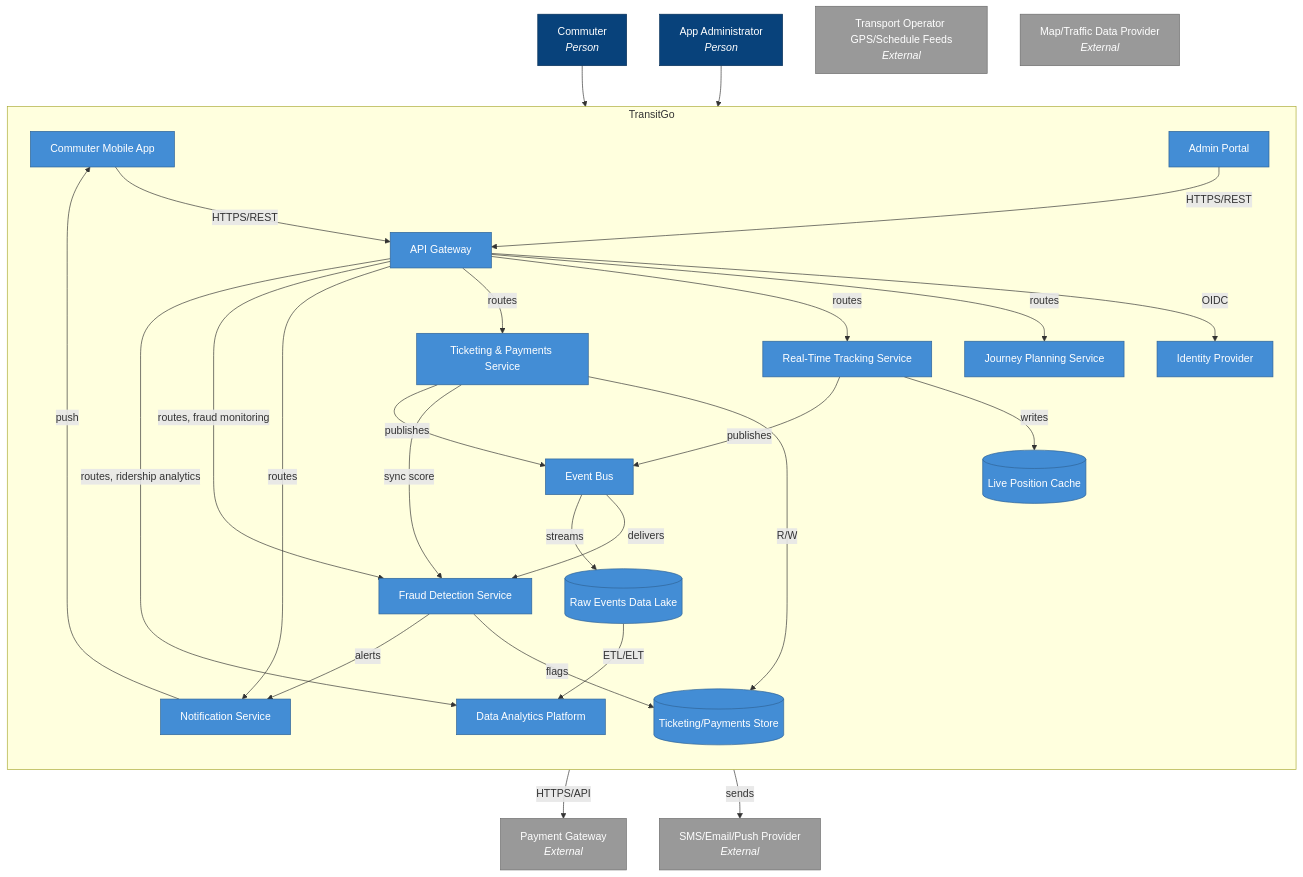
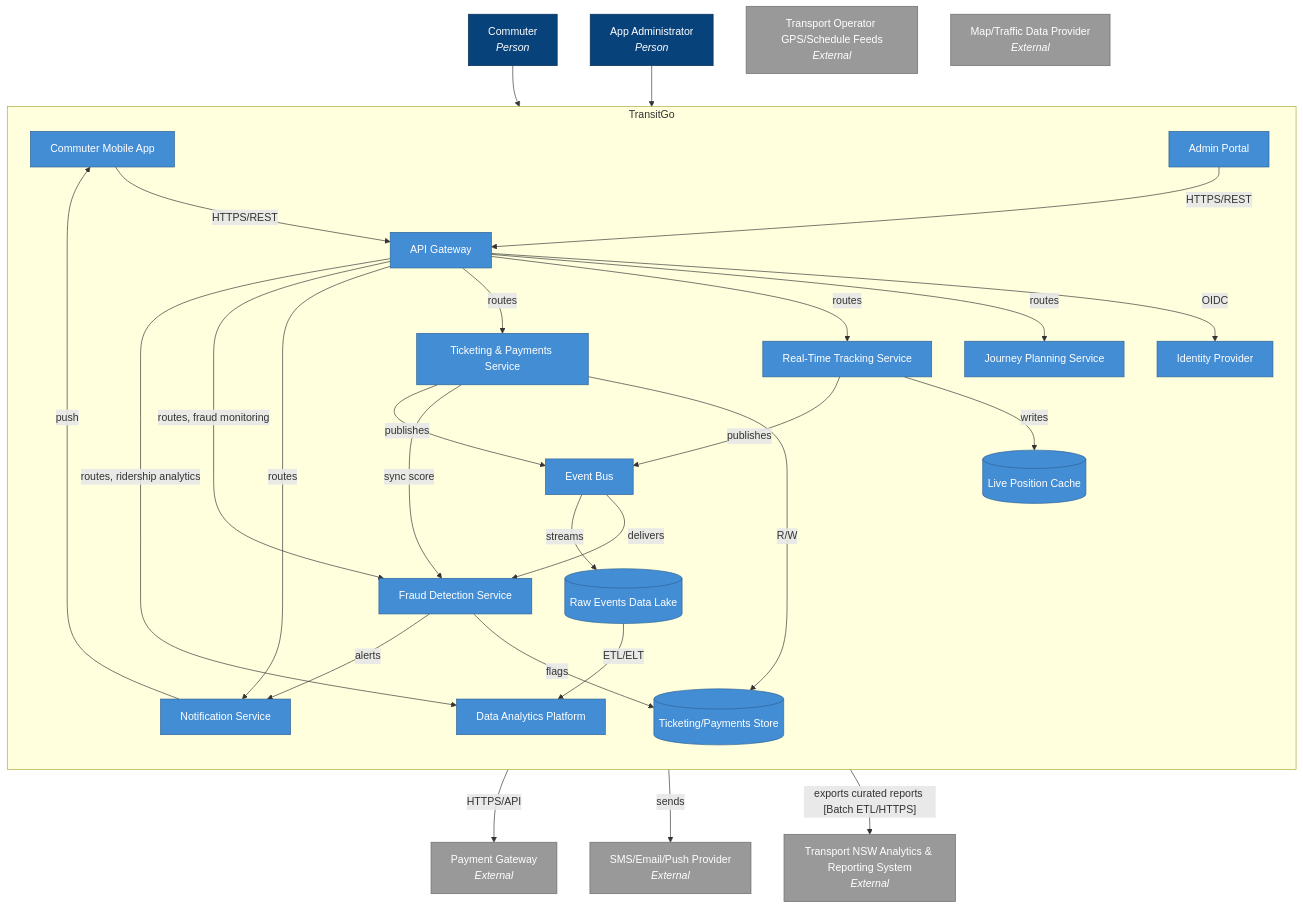
The diagram in 02_3.2-3.4_container-diagram.mmd (Malachi-H/SoftwareArchitectureDiagramsSource), drawn with Mermaid before and after one commit. The commit also changed 5 other files, not shown here.

Commit message:
updated context and container diagrams to include Analytics & Reporting System

```diff
--- a/02_3.2-3.4_container-diagram.mmd
+++ b/02_3.2-3.4_container-diagram.mmd
@@ -1,55 +1,57 @@
 %% title Container diagram for TransitGo
 flowchart TD
     classDef person fill:#08427b,stroke:#052e56,color:#fff
     classDef ext fill:#999999,stroke:#6b6b6b,color:#fff
     classDef container fill:#438dd5,stroke:#2e6295,color:#fff
 
     commuter["Commuter<br/><i>Person</i>"]:::person
     admin["App Administrator<br/><i>Person</i>"]:::person
     payment["Payment Gateway<br/><i>External</i>"]:::ext
     opfeeds["Transport Operator GPS/Schedule Feeds<br/><i>External</i>"]:::ext
     mapdata["Map/Traffic Data Provider<br/><i>External</i>"]:::ext
     notifyext["SMS/Email/Push Provider<br/><i>External</i>"]:::ext
+    analyticsext["Transport NSW Analytics & Reporting System<br/><i>External</i>"]:::ext
 
     subgraph TransitGo
         direction TB
         mobile["Commuter Mobile App"]:::container
         adminportal["Admin Portal"]:::container
         gateway["API Gateway"]:::container
         idp["Identity Provider"]:::container
         journey["Journey Planning Service"]:::container
         tracking["Real-Time Tracking Service"]:::container
         ticketing["Ticketing & Payments Service"]:::container
         fraud["Fraud Detection Service"]:::container
         notification["Notification Service"]:::container
         analytics["Data Analytics Platform"]:::container
         cache[("Live Position Cache")]:::container
         store[("Ticketing/Payments Store")]:::container
         lake[("Raw Events Data Lake")]:::container
         bus["Event Bus"]:::container
     end
 
     commuter --> mobile
     admin --> adminportal
     mobile -->|HTTPS/REST| gateway
     adminportal -->|HTTPS/REST| gateway
     gateway -->|OIDC| idp
     gateway -->|routes| journey
     gateway -->|routes| tracking
     gateway -->|routes| ticketing
     gateway -->|routes| notification
     gateway -->|routes, fraud monitoring| fraud
     gateway -->|routes, ridership analytics| analytics
     tracking -->|writes| cache
     tracking -->|publishes| bus
     ticketing -->|HTTPS/API| payment
     ticketing -->|R/W| store
     ticketing -->|sync score| fraud
     ticketing -->|publishes| bus
     bus -->|delivers| fraud
     bus -->|streams| lake
     fraud -->|flags| store
     fraud -->|alerts| notification
     lake -->|ETL/ELT| analytics
     notification -->|sends| notifyext
     notification -->|push| mobile
+    analytics -->|"exports curated reports [Batch ETL/HTTPS]"| analyticsext
```
